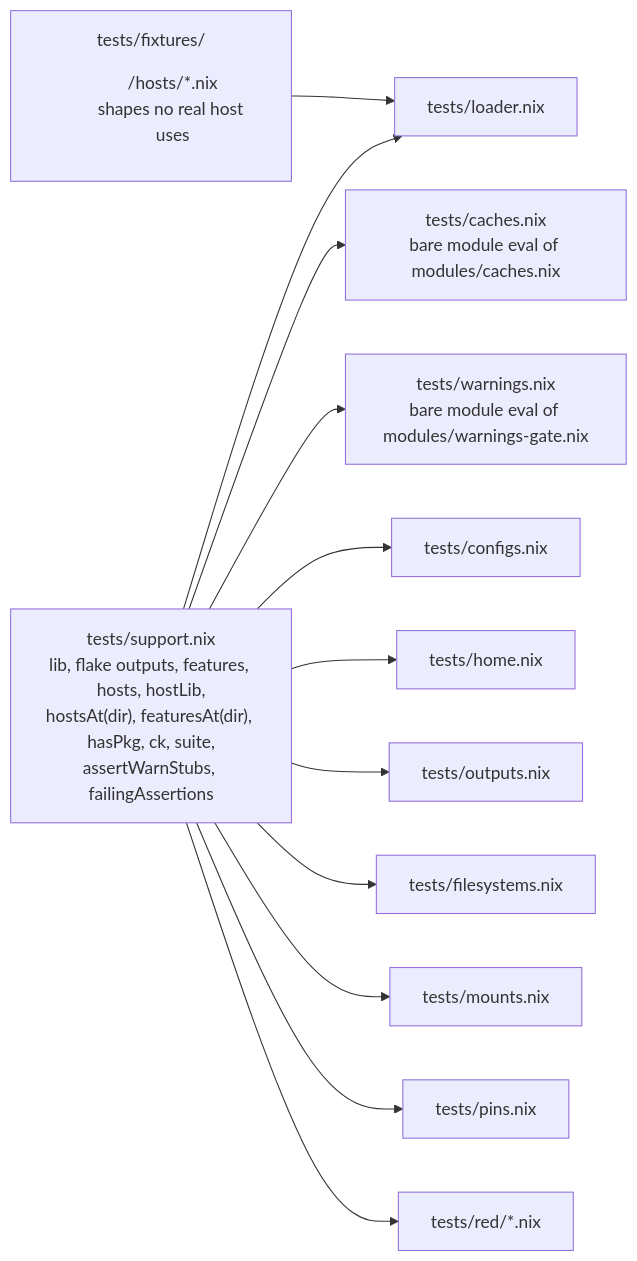
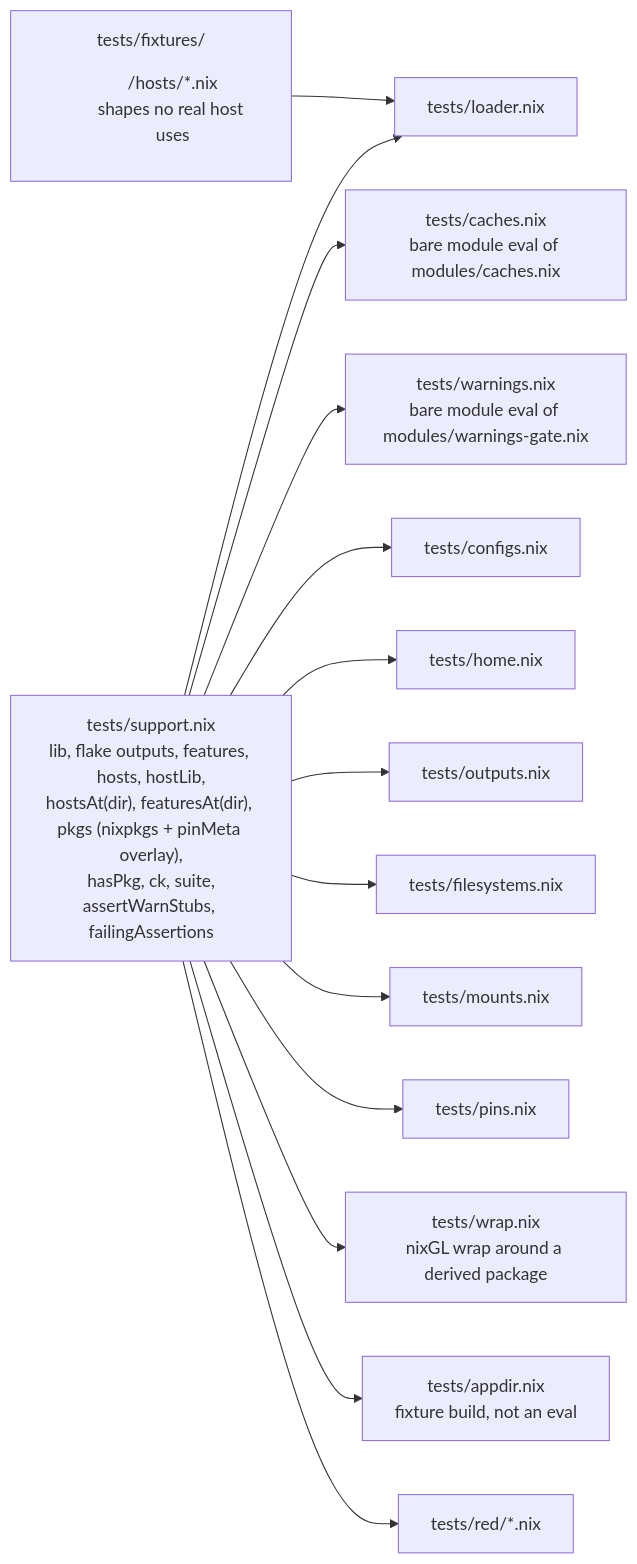
One commit to WombatFromHell/automatic-palm-tree changed the second of 5 diagrams in TEST_DESIGN.md. Above: the diagram before and after it, drawn with Mermaid. The commit also changed other lines of this file and 28 other files, not shown here.

````diff
--- a/TEST_DESIGN.md
+++ b/TEST_DESIGN.md
@@ -30,14 +45,16 @@
 ```mermaid
 flowchart LR
-  S["tests/support.nix<br/>lib, flake outputs, features, hosts, hostLib,<br/>hostsAt(dir), featuresAt(dir), hasPkg, ck, suite,<br/>assertWarnStubs, failingAssertions"] --> L["tests/loader.nix"]
+  S["tests/support.nix<br/>lib, flake outputs, features, hosts, hostLib,<br/>hostsAt(dir), featuresAt(dir), pkgs (nixpkgs + pinMeta overlay),<br/>hasPkg, ck, suite,<br/>assertWarnStubs, failingAssertions"] --> L["tests/loader.nix"]
   S --> CA["tests/caches.nix<br/>bare module eval of modules/caches.nix"]
   S --> WA["tests/warnings.nix<br/>bare module eval of modules/warnings-gate.nix"]
   S --> C["tests/configs.nix"]
   S --> H["tests/home.nix"]
   S --> O["tests/outputs.nix"]
   S --> F["tests/filesystems.nix"]
   S --> M["tests/mounts.nix"]
   S --> PI["tests/pins.nix"]
+  S --> WR["tests/wrap.nix<br/>nixGL wrap around a derived package"]
+  S --> AP["tests/appdir.nix<br/>fixture build, not an eval"]
   S --> RD["tests/red/*.nix"]
   FX["tests/fixtures/<dir>/hosts/*.nix<br/>shapes no real host uses"] --> L
 ```
````
